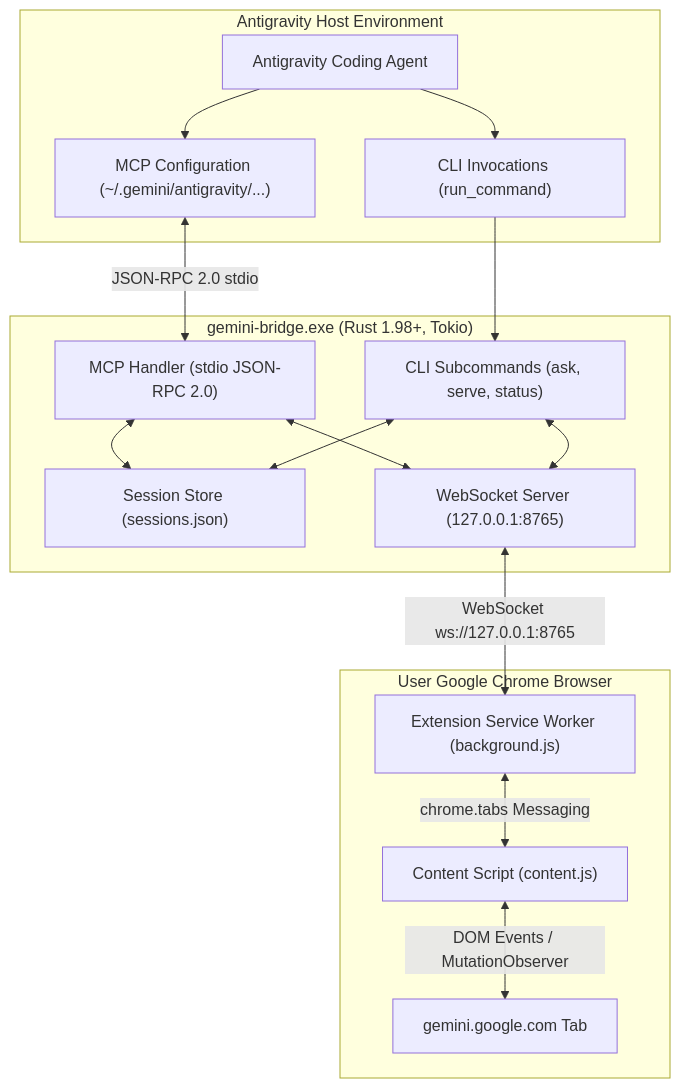
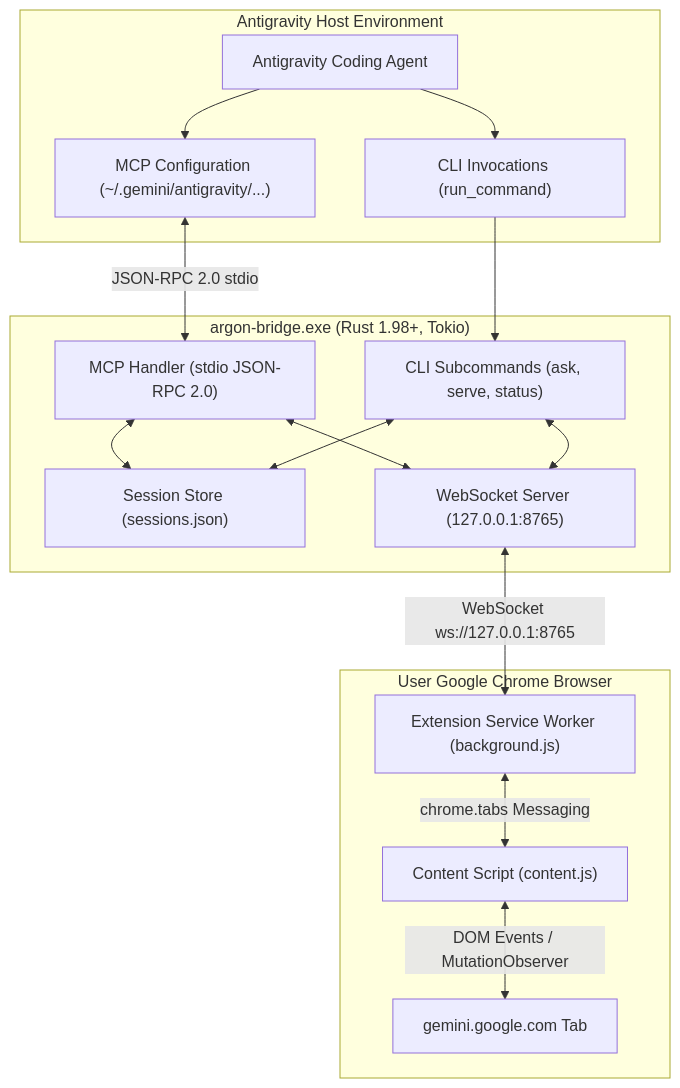
One commit to BasimovIF-AI/argon-bridge changed the diagram in ARCHITECTURE.md. Above: the diagram before and after it, drawn with Mermaid. The commit also changed other lines of this file and 16 other files, not shown here.

Commit message:
chore: rename project to argon-bridge v0.2.7 and update references

````diff
--- a/ARCHITECTURE.md
+++ b/ARCHITECTURE.md
@@ -5,34 +5,34 @@
 ```mermaid
 flowchart TD
     subgraph AntigravityClient["Antigravity Host Environment"]
         Agent["Antigravity Coding Agent"]
         MCPConfig["MCP Configuration (~/.gemini/antigravity/...)"]
         CLIProcess["CLI Invocations (run_command)"]
         Agent --> MCPConfig
         Agent --> CLIProcess
     end
 
-    subgraph RustDaemon["gemini-bridge.exe (Rust 1.98+, Tokio)"]
+    subgraph RustDaemon["argon-bridge.exe (Rust 1.98+, Tokio)"]
         StdioMCP["MCP Handler (stdio JSON-RPC 2.0)"]
         CLIDispatcher["CLI Subcommands (ask, serve, status)"]
         SessionMgr["Session Store (sessions.json)"]
         WSHub["WebSocket Server (127.0.0.1:8765)"]
 
         MCPConfig <-->|JSON-RPC 2.0 stdio| StdioMCP
         CLIProcess --> CLIDispatcher
         StdioMCP <--> SessionMgr
         CLIDispatcher <--> SessionMgr
         StdioMCP <--> WSHub
         CLIDispatcher <--> WSHub
     end
 
     subgraph Chrome["User Google Chrome Browser"]
         Worker["Extension Service Worker (background.js)"]
         Tab["gemini.google.com Tab"]
         ContentScript["Content Script (content.js)"]
 
         WSHub <-->|WebSocket ws://127.0.0.1:8765| Worker
         Worker <-->|chrome.tabs Messaging| ContentScript
         ContentScript <-->|DOM Events / MutationObserver| Tab
     end
 ```
````
